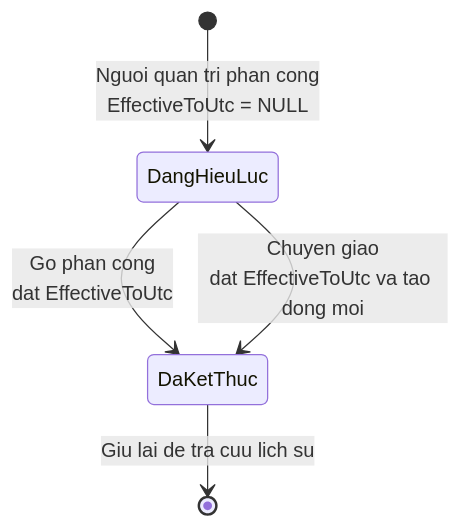
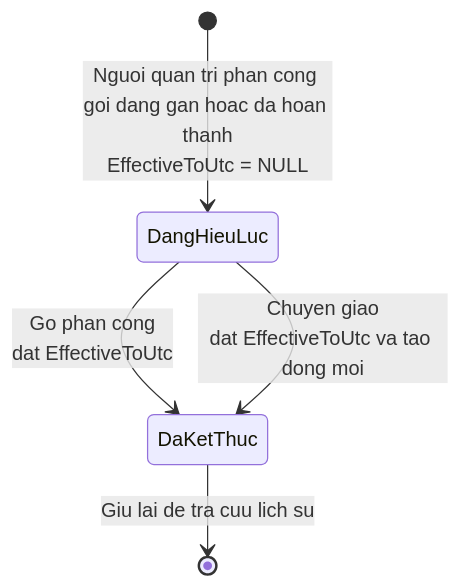
Before and after one commit to TaskCoper/bmt-documentation: the fourth of 5 diagrams in tdd/TDD-RBAC-003.md, drawn with Mermaid. The commit also changed other lines of this file and 15 other files, not shown here.

````diff
--- a/tdd/TDD-RBAC-003.md
+++ b/tdd/TDD-RBAC-003.md
@@ -281,7 +395,7 @@
 ```mermaid
 stateDiagram-v2
-    [*] --> DangHieuLuc: Nguoi quan tri phan cong<br/>EffectiveToUtc = NULL
+    [*] --> DangHieuLuc: Nguoi quan tri phan cong goi dang gan hoac da hoan thanh<br/>EffectiveToUtc = NULL
     DangHieuLuc --> DaKetThuc: Go phan cong<br/>dat EffectiveToUtc
     DangHieuLuc --> DaKetThuc: Chuyen giao<br/>dat EffectiveToUtc va tao dong moi
     DaKetThuc --> [*]: Giu lai de tra cuu lich su
 ```
````
